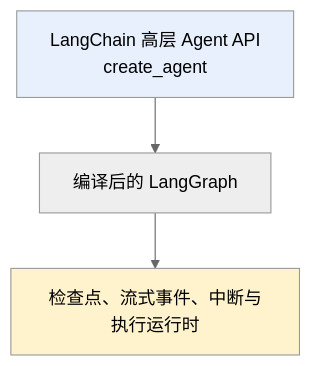
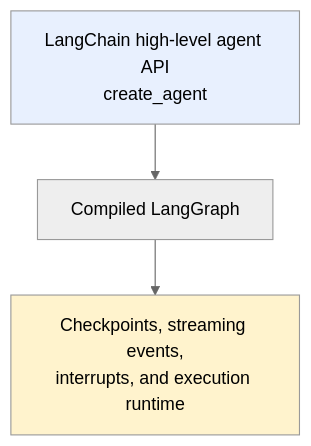
One commit to oneleaveknowsthefall/awesome-ai-roadmap changed the first of 3 diagrams in docs/frameworks/01-langchain/04-langgraph/09-langchain-vs-langgraph.md. Above: the diagram before and after it, drawn with Mermaid (neutral theme). The commit also changed other lines of this file and 70 other files, not shown here.

````diff
--- a/docs/frameworks/01-langchain/04-langgraph/09-langchain-vs-langgraph.md
+++ b/docs/frameworks/01-langchain/04-langgraph/09-langchain-vs-langgraph.md
@@ -24,8 +24,8 @@
 ```mermaid
 flowchart TB
-    A["LangChain 高层 Agent API<br/>create_agent"] --> B["编译后的 LangGraph"]
-    B --> C["检查点、流式事件、中断与执行运行时"]
+    A["LangChain high-level agent API<br/>create_agent"] --> B["Compiled LangGraph"]
+    B --> C["Checkpoints, streaming events,<br/>interrupts, and execution runtime"]
 
     style A fill:#e8f0fe
     style C fill:#fff3cd
 ```
````
